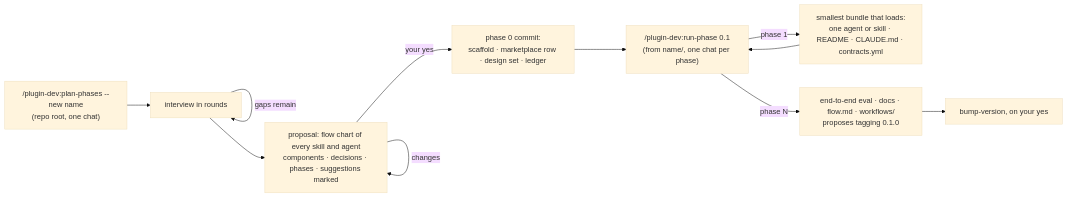
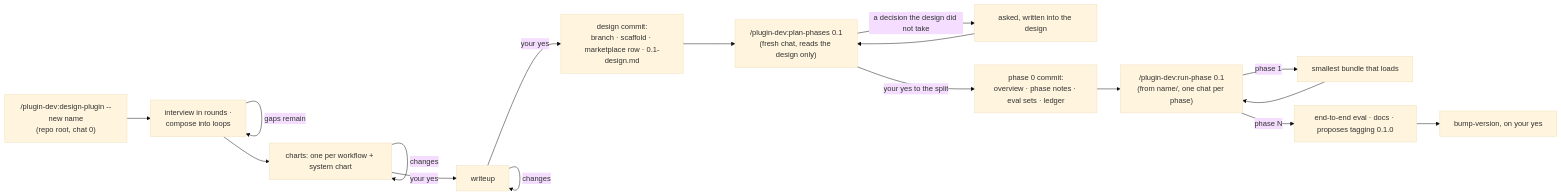
One commit to cott435/cott-plugins changed the diagram in plugin-dev/site/workflows/new-plugin.md. Above: the diagram before and after it, drawn with Mermaid (base theme). The commit also changed other lines of this file and 31 other files, not shown here.

First line of the commit message:
plugin-dev: split design-plugin out of plan-phases

````diff
--- a/plugin-dev/site/workflows/new-plugin.md
+++ b/plugin-dev/site/workflows/new-plugin.md
@@ -26,13 +26,19 @@
 ```mermaid
 flowchart LR
-  A["/plugin-dev:plan-phases --new name<br/>(repo root, one chat)"] --> I["interview in rounds"]
+  A["/plugin-dev:design-plugin --new name<br/>(repo root, chat 0)"] --> I["interview in rounds ·<br/>compose into loops"]
   I -->|gaps remain| I
-  I --> P["proposal: flow chart of every skill and agent<br/>components · decisions · phases · suggestions marked"]
-  P -->|changes| P
-  P -->|your yes| B["phase 0 commit:<br/>scaffold · marketplace row · design set · ledger"]
+  I --> K["charts: one per workflow + system chart"]
+  K -->|changes| K
+  K -->|your yes| W["writeup"]
+  W -->|changes| W
+  W -->|your yes| D["design commit:<br/>branch · scaffold · marketplace row · 0.1-design.md"]
+  D --> P["/plugin-dev:plan-phases 0.1<br/>(fresh chat, reads the design only)"]
+  P -->|a decision the design did not take| Q["asked, written into the design"]
+  Q --> P
+  P -->|your yes to the split| B["phase 0 commit:<br/>overview · phase notes · eval sets · ledger"]
   B --> C["/plugin-dev:run-phase 0.1<br/>(from name/, one chat per phase)"]
-  C -->|phase 1| D["smallest bundle that loads:<br/>one agent or skill · README · CLAUDE.md · contracts.yml"]
-  D --> C
-  C -->|phase N| E["end-to-end eval · docs · flow.md · workflows/<br/>proposes tagging 0.1.0"]
+  C -->|phase 1| E1["smallest bundle that loads"]
+  E1 --> C
+  C -->|phase N| E["end-to-end eval · docs · proposes tagging 0.1.0"]
   E --> F["bump-version, on your yes"]
 ```
````
